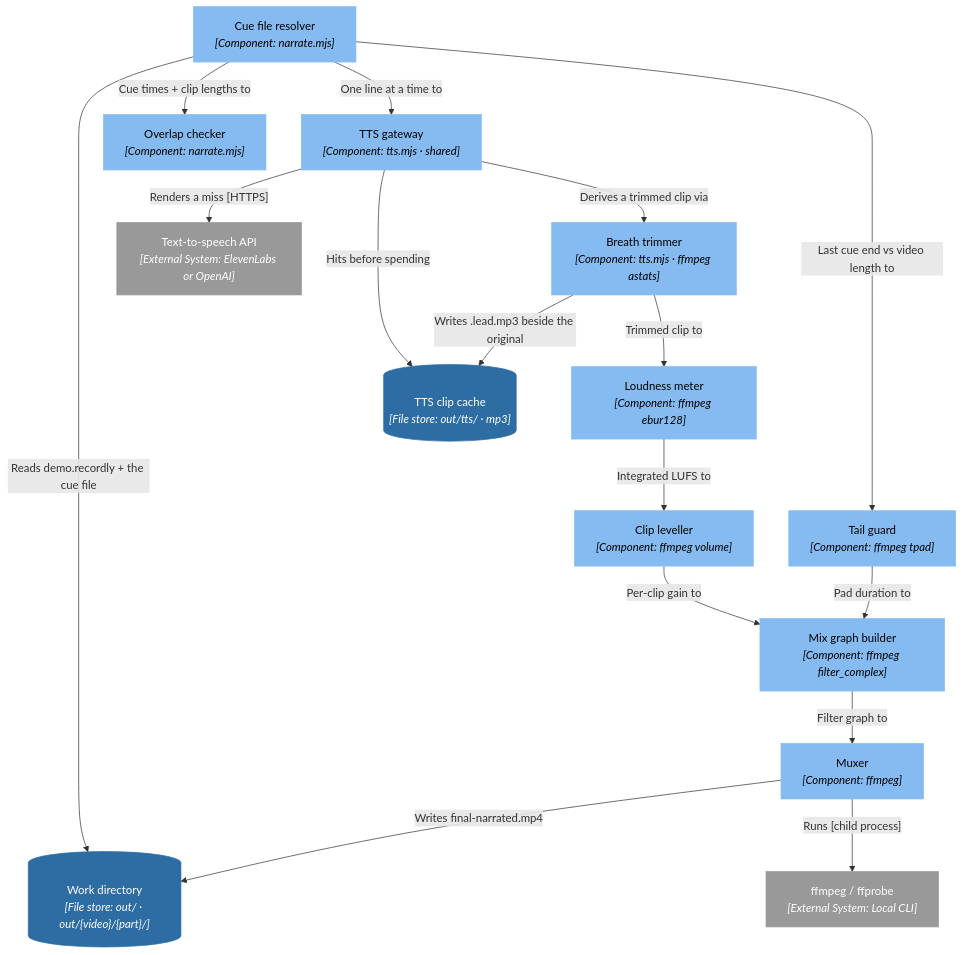
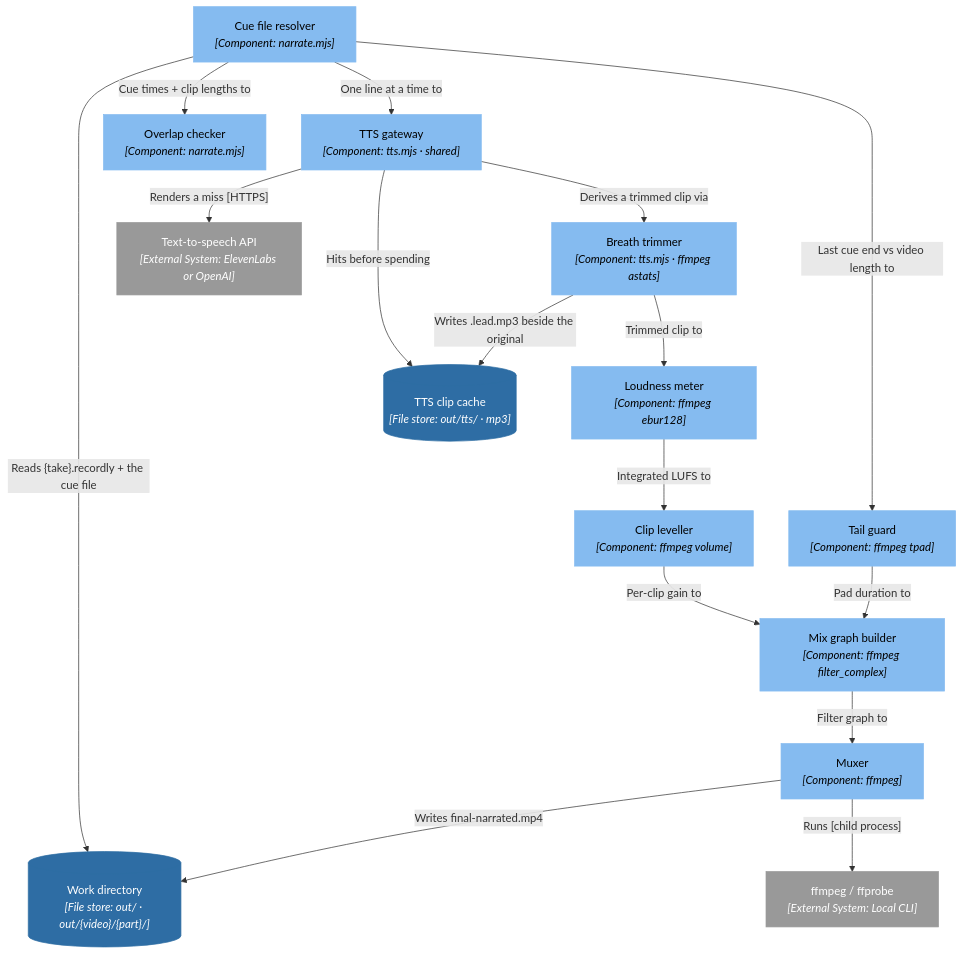
The ninth of 13 diagrams in docs/C4.md (ssunduko/product-video), drawn with Mermaid before and after one commit. The commit also changed other lines of this file and 16 other files, not shown here.

````diff
--- a/docs/C4.md
+++ b/docs/C4.md
@@ -616,40 +616,40 @@
 ```mermaid
 flowchart TD
   n81["Cue file resolver<br/><i>[Component: narrate.mjs]</i>"]
   n82["TTS gateway<br/><i>[Component: tts.mjs · shared]</i>"]
   n83["Breath trimmer<br/><i>[Component: tts.mjs · ffmpeg astats]</i>"]
   n84["Loudness meter<br/><i>[Component: ffmpeg ebur128]</i>"]
   n85["Clip leveller<br/><i>[Component: ffmpeg volume]</i>"]
   n86["Overlap checker<br/><i>[Component: narrate.mjs]</i>"]
   n87["Tail guard<br/><i>[Component: ffmpeg tpad]</i>"]
   n88["Mix graph builder<br/><i>[Component: ffmpeg filter_complex]</i>"]
   n89["Muxer<br/><i>[Component: ffmpeg]</i>"]
   n23[("TTS clip cache<br/><i>[File store: out/tts/ · mp3]</i>")]
   n6["Text-to-speech API<br/><i>[External System: ElevenLabs or OpenAI]</i>"]
   n22[("Work directory<br/><i>[File store: out/ · out/{video}/{part}/]</i>")]
   n5["ffmpeg / ffprobe<br/><i>[External System: Local CLI]</i>"]
-  n81 -->|"Reads demo.recordly + the cue file"| n22
+  n81 -->|"Reads {take}.recordly + the cue file"| n22
   n81 -->|"One line at a time to"| n82
   n82 -->|"Hits before spending"| n23
   n82 -->|"Renders a miss [HTTPS]"| n6
   n82 -->|"Derives a trimmed clip via"| n83
   n83 -->|"Writes .lead.mp3 beside the original"| n23
   n83 -->|"Trimmed clip to"| n84
   n84 -->|"Integrated LUFS to"| n85
   n81 -->|"Cue times + clip lengths to"| n86
   n81 -->|"Last cue end vs video length to"| n87
   n85 -->|"Per-clip gain to"| n88
   n87 -->|"Pad duration to"| n88
   n88 -->|"Filter graph to"| n89
   n89 -->|"Runs [child process]"| n5
   n89 -->|"Writes final-narrated.mp4"| n22
   classDef person fill:#08427b,stroke:#08427b,color:#ffffff;
   classDef system fill:#1168bd,stroke:#1168bd,color:#ffffff;
   classDef external fill:#999999,stroke:#999999,color:#ffffff;
   classDef container fill:#438dd5,stroke:#438dd5,color:#ffffff;
   classDef store fill:#2e6da4,stroke:#2e6da4,color:#ffffff;
   classDef component fill:#85bbf0,stroke:#85bbf0,color:#000000;
   class n6,n5 external;
   class n23,n22 store;
   class n81,n82,n83,n84,n85,n86,n87,n88,n89 component;
 ```
````
